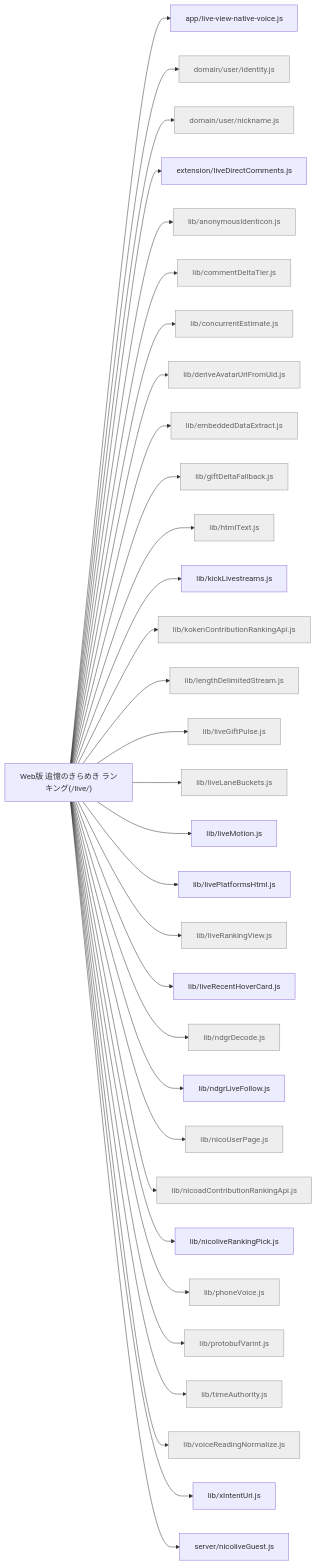
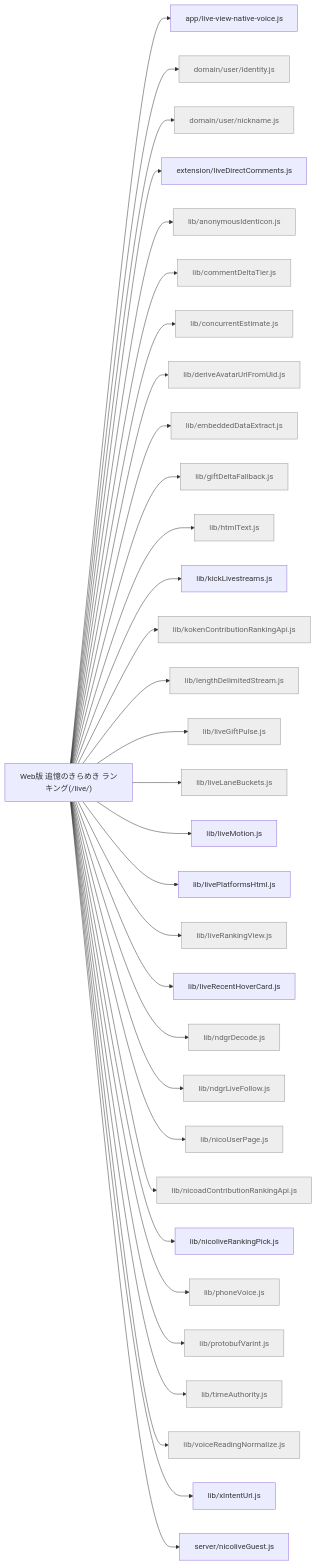
The diagram in docs/feature-map/live-ranking.md (kimito-link/tsuioku-no-kirameki.com), drawn with Mermaid before and after one commit. The commit also changed 21 other files, not shown here.

````diff
--- a/docs/feature-map/live-ranking.md
+++ b/docs/feature-map/live-ranking.md
@@ -13,36 +13,36 @@
 ```mermaid
 graph LR
   n_live_ranking["Web版 追憶のきらめき ランキング(/live/)"]
   n_live_ranking --> n_app_live_view_native_voice_js["app/live-view-native-voice.js"]
   n_live_ranking --> n_src_domain_user_identity_js["domain/user/identity.js"]:::shared
   n_live_ranking --> n_src_domain_user_nickname_js["domain/user/nickname.js"]:::shared
   n_live_ranking --> n_src_extension_liveDirectComments_js["extension/liveDirectComments.js"]
   n_live_ranking --> n_src_lib_anonymousIdenticon_js["lib/anonymousIdenticon.js"]:::shared
   n_live_ranking --> n_src_lib_commentDeltaTier_js["lib/commentDeltaTier.js"]:::shared
   n_live_ranking --> n_src_lib_concurrentEstimate_js["lib/concurrentEstimate.js"]:::shared
   n_live_ranking --> n_src_lib_deriveAvatarUrlFromUid_js["lib/deriveAvatarUrlFromUid.js"]:::shared
   n_live_ranking --> n_src_lib_embeddedDataExtract_js["lib/embeddedDataExtract.js"]:::shared
   n_live_ranking --> n_src_lib_giftDeltaFallback_js["lib/giftDeltaFallback.js"]:::shared
   n_live_ranking --> n_src_lib_htmlText_js["lib/htmlText.js"]:::shared
   n_live_ranking --> n_src_lib_kickLivestreams_js["lib/kickLivestreams.js"]
   n_live_ranking --> n_src_lib_kokenContributionRankingApi_js["lib/kokenContributionRankingApi.js"]:::shared
   n_live_ranking --> n_src_lib_lengthDelimitedStream_js["lib/lengthDelimitedStream.js"]:::shared
   n_live_ranking --> n_src_lib_liveGiftPulse_js["lib/liveGiftPulse.js"]:::shared
   n_live_ranking --> n_src_lib_liveLaneBuckets_js["lib/liveLaneBuckets.js"]:::shared
   n_live_ranking --> n_src_lib_liveMotion_js["lib/liveMotion.js"]
   n_live_ranking --> n_src_lib_livePlatformsHtml_js["lib/livePlatformsHtml.js"]
   n_live_ranking --> n_src_lib_liveRankingView_js["lib/liveRankingView.js"]:::shared
   n_live_ranking --> n_src_lib_liveRecentHoverCard_js["lib/liveRecentHoverCard.js"]
   n_live_ranking --> n_src_lib_ndgrDecode_js["lib/ndgrDecode.js"]:::shared
-  n_live_ranking --> n_src_lib_ndgrLiveFollow_js["lib/ndgrLiveFollow.js"]
+  n_live_ranking --> n_src_lib_ndgrLiveFollow_js["lib/ndgrLiveFollow.js"]:::shared
   n_live_ranking --> n_src_lib_nicoUserPage_js["lib/nicoUserPage.js"]:::shared
   n_live_ranking --> n_src_lib_nicoadContributionRankingApi_js["lib/nicoadContributionRankingApi.js"]:::shared
   n_live_ranking --> n_src_lib_nicoliveRankingPick_js["lib/nicoliveRankingPick.js"]
   n_live_ranking --> n_src_lib_phoneVoice_js["lib/phoneVoice.js"]:::shared
   n_live_ranking --> n_src_lib_protobufVarint_js["lib/protobufVarint.js"]:::shared
   n_live_ranking --> n_src_lib_timeAuthority_js["lib/timeAuthority.js"]:::shared
   n_live_ranking --> n_src_lib_voiceReadingNormalize_js["lib/voiceReadingNormalize.js"]:::shared
   n_live_ranking --> n_src_lib_xIntentUrl_js["lib/xIntentUrl.js"]
   n_live_ranking --> n_src_server_nicoliveGuest_js["server/nicoliveGuest.js"]
   classDef shared fill:#eee,stroke:#999,color:#666;
 ```
````
